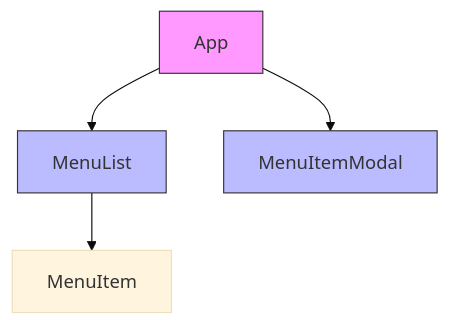
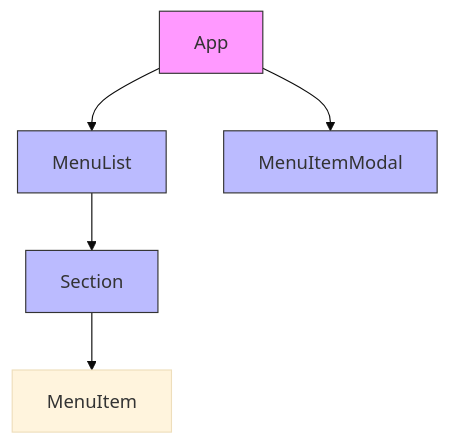
Before and after one commit to reynard93/graphql-rails: the first of 3 diagrams in FRONTEND.md, drawn with Mermaid (base theme). The commit also changed 3 other files, not shown here.

````diff
--- a/FRONTEND.md
+++ b/FRONTEND.md
@@ -6,9 +6,11 @@
 ```mermaid
 graph TD
     A[App] --> B[MenuList]
     A --> C[MenuItemModal]
-    B --> D[MenuItem]
+    B --> D[Section]
+    D --> E[MenuItem]
     style A fill:#f9f,stroke:#333
     style B fill:#bbf,stroke:#333
     style C fill:#bbf,stroke:#333
+    style D fill:#bbf,stroke:#333
 ```
````
